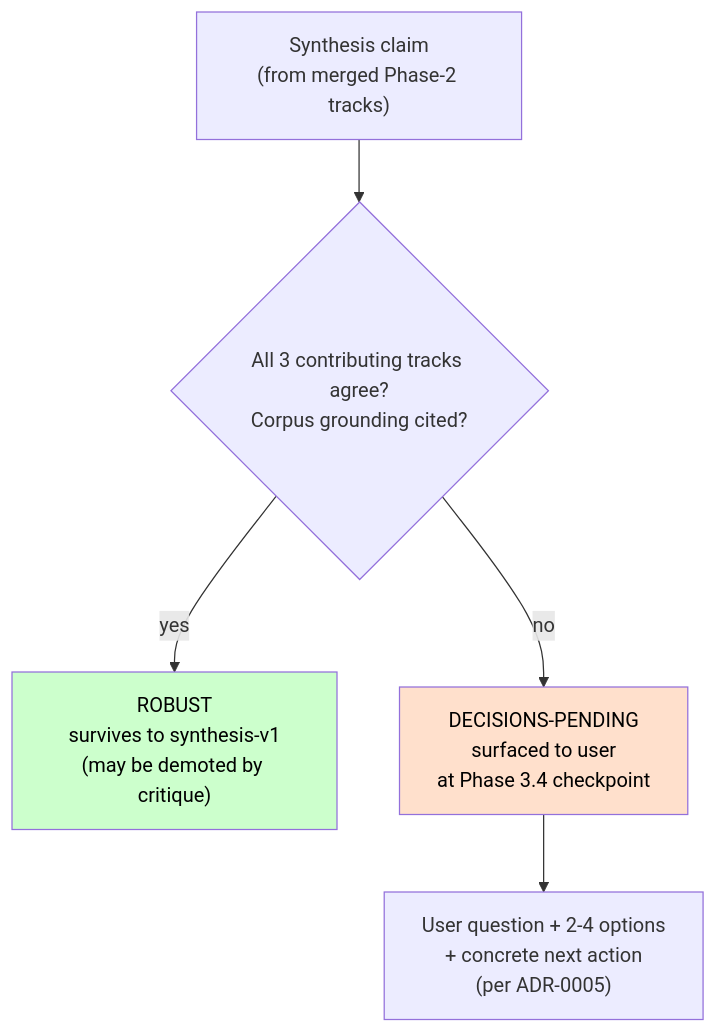
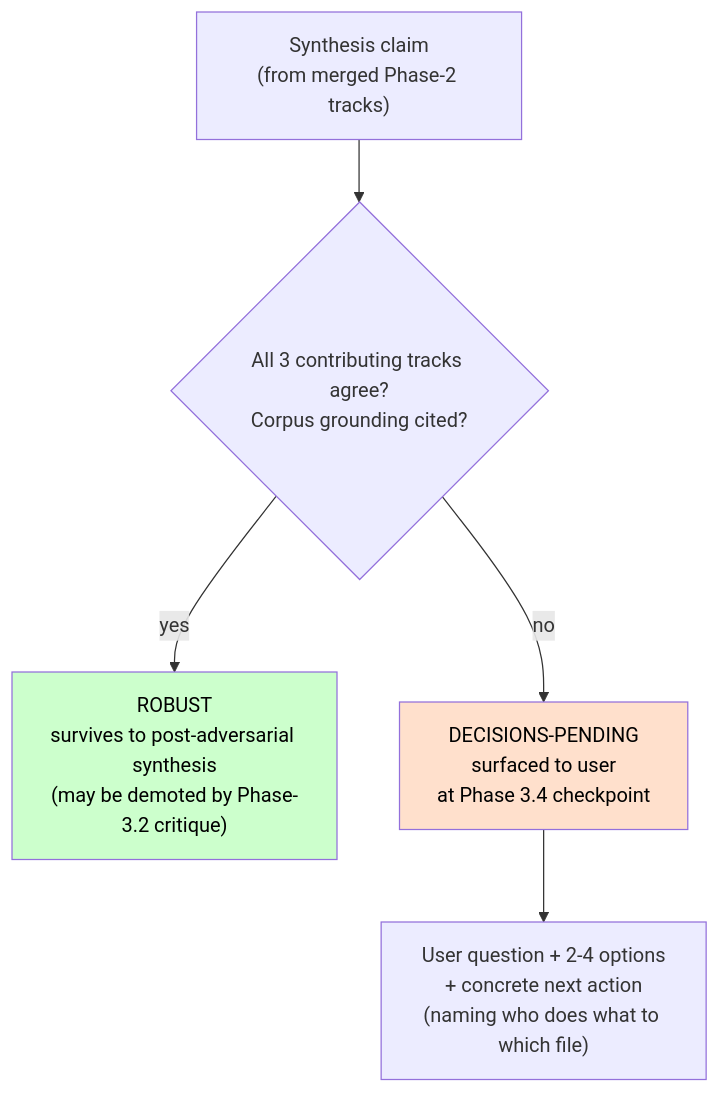
One commit to lago-morph/software-factory changed the eighth of 11 diagrams in research-plan-v3-primer.md. Above: the diagram before and after it, drawn with Mermaid. The commit also changed other lines of this file, not shown here.

````diff
--- a/research-plan-v3-primer.md
+++ b/research-plan-v3-primer.md
@@ -225,14 +187,14 @@
 ```mermaid
 flowchart TB
     CLAIM["Synthesis claim<br/>(from merged Phase-2 tracks)"]
     CHECK{"All 3 contributing tracks agree?<br/>Corpus grounding cited?"}
 
     CLAIM --> CHECK
-    CHECK -->|yes| ROB["ROBUST<br/>survives to synthesis-v1<br/>(may be demoted by critique)"]
+    CHECK -->|yes| ROB["ROBUST<br/>survives to post-adversarial synthesis<br/>(may be demoted by Phase-3.2 critique)"]
     CHECK -->|no| DP["DECISIONS-PENDING<br/>surfaced to user<br/>at Phase 3.4 checkpoint"]
 
-    DP --> Q["User question + 2-4 options<br/>+ concrete next action<br/>(per ADR-0005)"]
+    DP --> Q["User question + 2-4 options<br/>+ concrete next action<br/>(naming who does what to which file)"]
 
     style ROB fill:#ccffcc,color:#000
     style DP fill:#ffe0cc,color:#000
 ```
````
